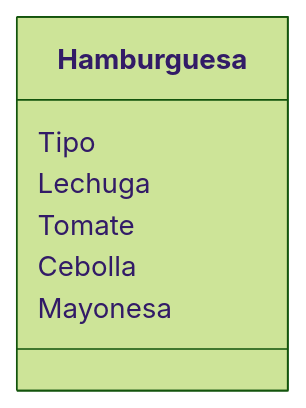
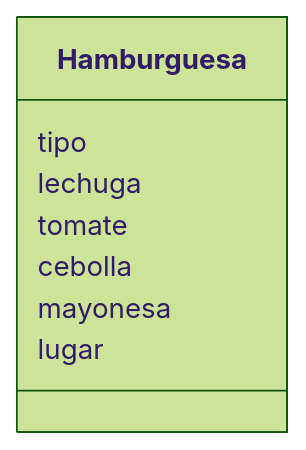
The diagram in retos_sesion_01/ejercicio_01.md (PatoAparicio/psg-oop-2025), drawn with Mermaid (forest theme) before and after one commit. The commit also changed other lines of this file and 2 other files, not shown here.

````diff
--- a/retos_sesion_01/ejercicio_01.md
+++ b/retos_sesion_01/ejercicio_01.md
@@ -35,10 +43,11 @@
 ```mermaid
 classDiagram
 class Hamburguesa {
-    Tipo
-    Lechuga
-    Tomate
-    Cebolla
-    Mayonesa
+    tipo
+    lechuga
+    tomate
+    cebolla
+    mayonesa
+    lugar
     }
 ```
````
